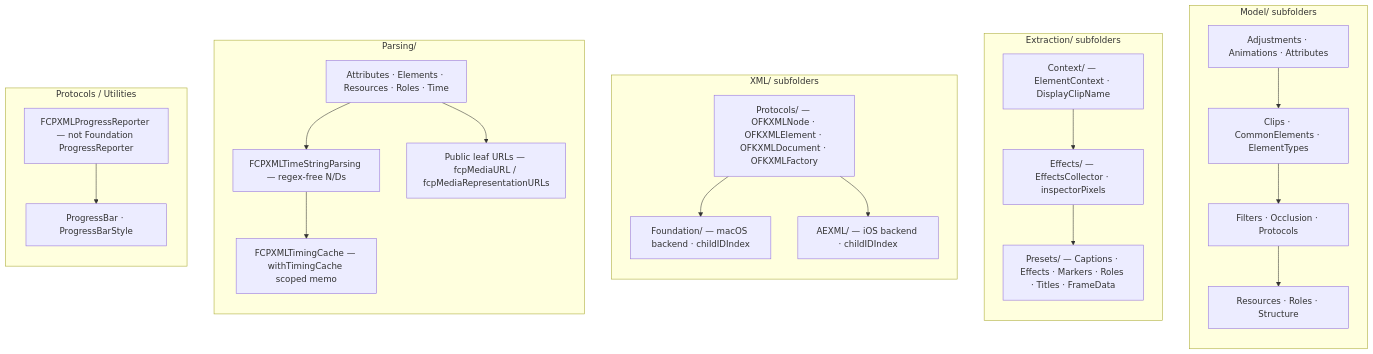
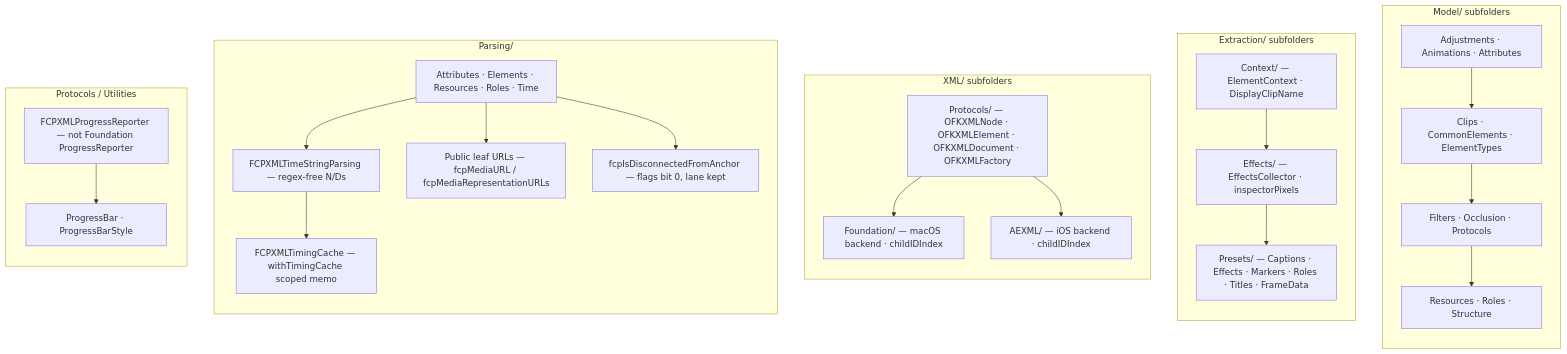
Before and after one commit to TheAcharya/OpenFCPXMLKit: the sixth of 6 diagrams in ARCHITECTURE.md, drawn with Mermaid. The commit also changed other lines of this file and 16 other files, not shown here.

````diff
--- a/ARCHITECTURE.md
+++ b/ARCHITECTURE.md
@@ -426,45 +428,47 @@
 ```mermaid
 flowchart TB
     subgraph MDL_SUB["Model/ subfolders"]
         direction TB
         M1["Adjustments · Animations · Attributes"]
         M2["Clips · CommonElements · ElementTypes"]
         M3["Filters · Occlusion · Protocols"]
         M4["Resources · Roles · Structure"]
         M1 --> M2 --> M3 --> M4
     end
 
     subgraph EXT_SUB["Extraction/ subfolders"]
         direction TB
         E1["Context/ — ElementContext · DisplayClipName"]
         E2["Effects/ — EffectsCollector · inspectorPixels"]
         E3["Presets/ — Captions · Effects · Markers · Roles · Titles · FrameData"]
         E1 --> E2 --> E3
     end
 
     subgraph XML_SUB["XML/ subfolders"]
         direction TB
         X1["Protocols/ — OFKXMLNode · OFKXMLElement · OFKXMLDocument · OFKXMLFactory"]
         X2["Foundation/ — macOS backend · childIDIndex"]
         X3["AEXML/ — iOS backend · childIDIndex"]
         X1 --> X2
         X1 --> X3
     end
 
     subgraph PRS_SUB["Parsing/"]
         direction TB
         PS1["Attributes · Elements · Resources · Roles · Time"]
         PS2["FCPXMLTimeStringParsing — regex-free N/Ds"]
         PS3["FCPXMLTimingCache — withTimingCache scoped memo"]
         PS4["Public leaf URLs — fcpMediaURL / fcpMediaRepresentationURLs"]
+        PS5["fcpIsDisconnectedFromAnchor — flags bit 0, lane kept"]
         PS1 --> PS2 --> PS3
         PS1 --> PS4
+        PS1 --> PS5
     end
 
     subgraph PRG_SUB["Protocols / Utilities"]
         direction TB
         PRG1["FCPXMLProgressReporter — not Foundation ProgressReporter"]
         PRG2["ProgressBar · ProgressBarStyle"]
         PRG1 --> PRG2
     end
 ```
````
